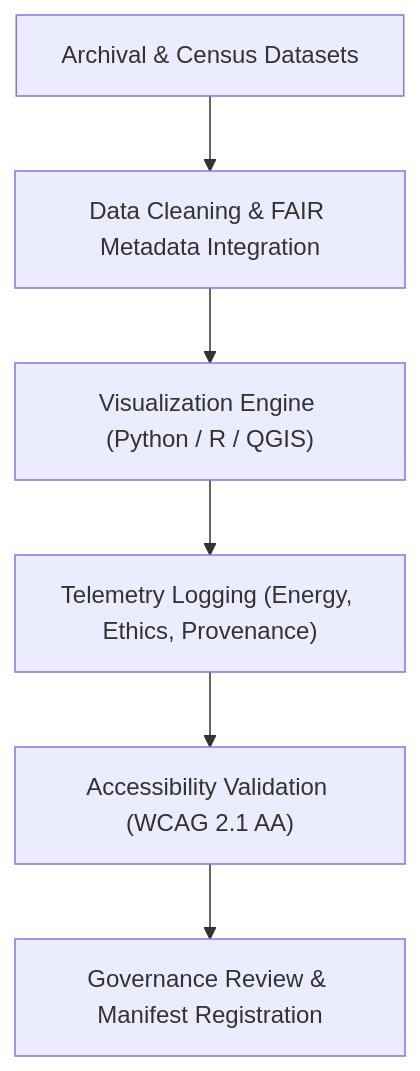
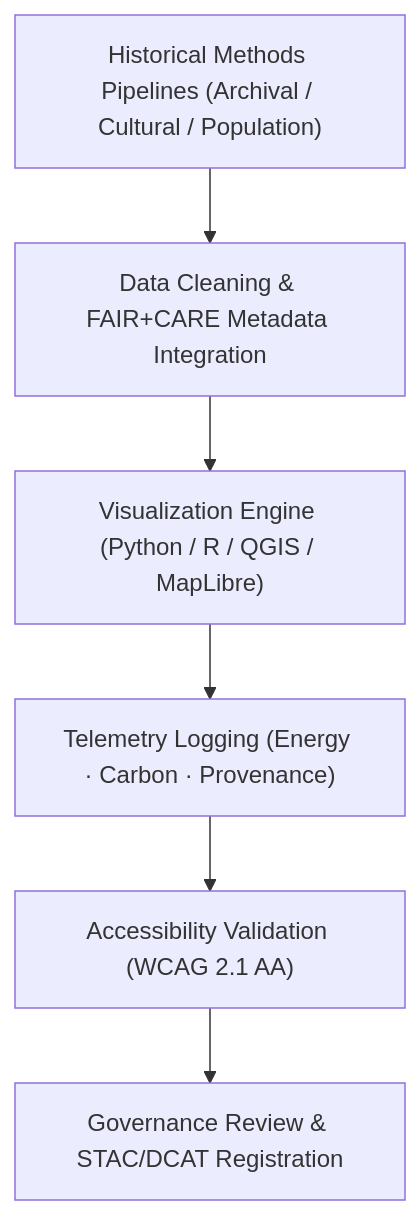
One commit to bartytime4life/Kansas-Frontier-Matrix changed the diagram in docs/analyses/historical/methods/figures/README.md. Above: the diagram before and after it, drawn with Mermaid. The commit also changed other lines of this file, not shown here.

First line of the commit message:
Revise README for historical methods figures

````diff
--- a/docs/analyses/historical/methods/figures/README.md
+++ b/docs/analyses/historical/methods/figures/README.md
@@ -76,8 +184,9 @@
 ```mermaid
 flowchart TD
-  A["Archival & Census Datasets"] --> B["Data Cleaning & FAIR Metadata Integration"]
-  B --> C["Visualization Engine (Python / R / QGIS)"]
-  C --> D["Telemetry Logging (Energy, Ethics, Provenance)"]
+  A["Historical Methods Pipelines (Archival / Cultural / Population)"]
+    --> B["Data Cleaning & FAIR+CARE Metadata Integration"]
+  B --> C["Visualization Engine (Python / R / QGIS / MapLibre)"]
+  C --> D["Telemetry Logging (Energy · Carbon · Provenance)"]
   D --> E["Accessibility Validation (WCAG 2.1 AA)"]
-  E --> F["Governance Review & Manifest Registration"]
+  E --> F["Governance Review & STAC/DCAT Registration"]
 ```
````
